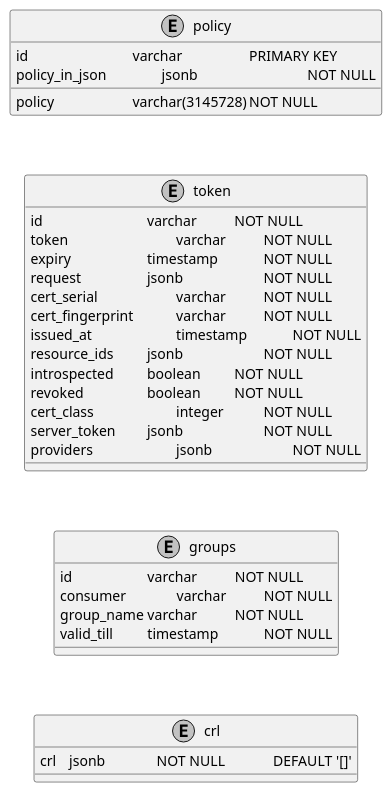
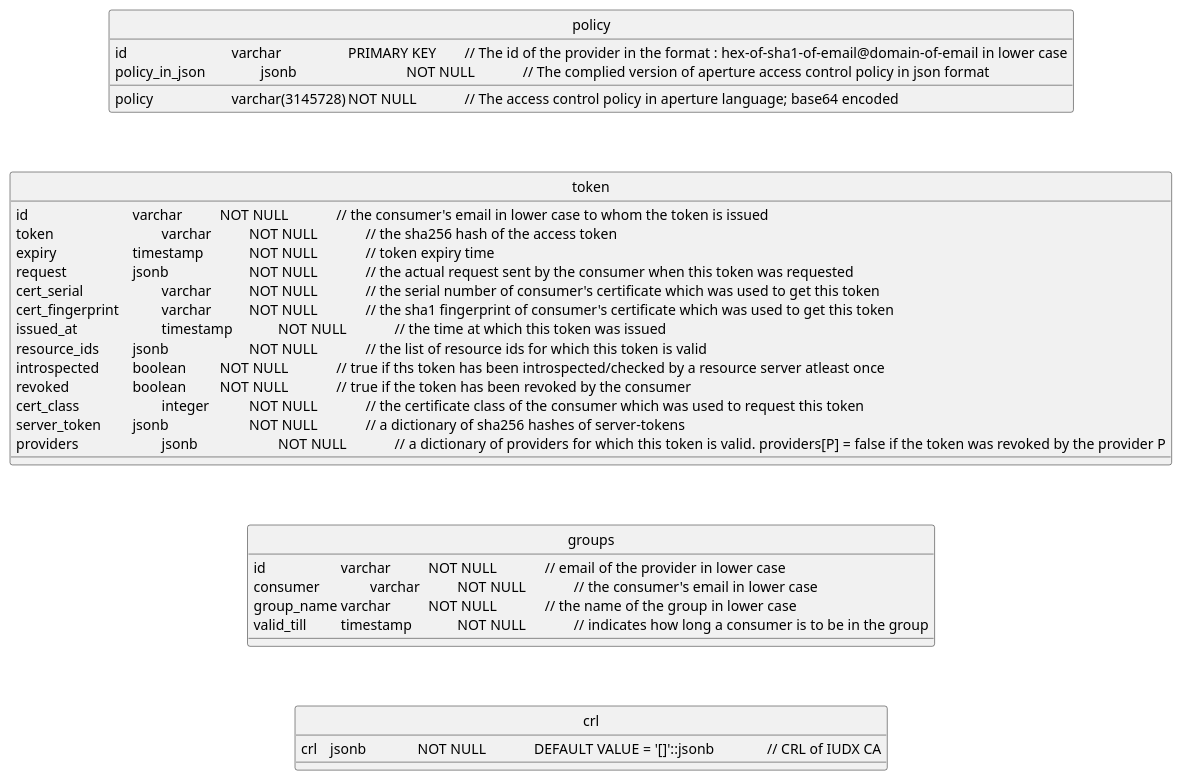
The diagram in er.plantuml (iudx/iudx-auth-server), drawn with PlantUML before and after one commit. The commit also changed 2 other files, not shown here.

```diff
--- a/er.plantuml
+++ b/er.plantuml
@@ -1,40 +1,41 @@
 @startuml
 skinparam monochrome true
+hide circle
 
 entity policy {
-	id				varchar			PRIMARY KEY
-	policy			varchar(3145728)	NOT NULL
-	policy_in_json		jsonb				NOT NULL
+	id				varchar			PRIMARY KEY	// The id of the provider in the format : hex-of-sha1-of-email@domain-of-email in lower case
+	policy			varchar(3145728)	NOT NULL		// The access control policy in aperture language; base64 encoded
+	policy_in_json		jsonb				NOT NULL		// The complied version of aperture access control policy in json format
 }
 
 entity token {
-	id				varchar		NOT NULL
-	token				varchar		NOT NULL
-	expiry			timestamp		NOT NULL
-	request			jsonb			NOT NULL
-	cert_serial			varchar		NOT NULL
-	cert_fingerprint		varchar		NOT NULL
-	issued_at			timestamp		NOT NULL
-	resource_ids		jsonb			NOT NULL
-	introspected		boolean		NOT NULL
-	revoked			boolean		NOT NULL
-	cert_class			integer		NOT NULL
-	server_token		jsonb			NOT NULL
-	providers			jsonb			NOT NULL
+	id				varchar		NOT NULL		// the consumer's email in lower case to whom the token is issued
+	token				varchar		NOT NULL		// the sha256 hash of the access token
+	expiry			timestamp		NOT NULL		// token expiry time
+	request			jsonb			NOT NULL		// the actual request sent by the consumer when this token was requested
+	cert_serial			varchar		NOT NULL		// the serial number of consumer's certificate which was used to get this token
+	cert_fingerprint		varchar		NOT NULL		// the sha1 fingerprint of consumer's certificate which was used to get this token 
+	issued_at			timestamp		NOT NULL		// the time at which this token was issued
+	resource_ids		jsonb			NOT NULL		// the list of resource ids for which this token is valid
+	introspected		boolean		NOT NULL		// true if ths token has been introspected/checked by a resource server atleast once
+	revoked			boolean		NOT NULL		// true if the token has been revoked by the consumer
+	cert_class			integer		NOT NULL		// the certificate class of the consumer which was used to request this token
+	server_token		jsonb			NOT NULL		// a dictionary of sha256 hashes of server-tokens
+	providers			jsonb			NOT NULL		// a dictionary of providers for which this token is valid. providers[P] = false if the token was revoked by the provider P
 }
 
 entity groups {
-	id			varchar		NOT NULL
-	consumer		varchar		NOT NULL
-	group_name	varchar		NOT NULL
-	valid_till		timestamp		NOT NULL
+	id			varchar		NOT NULL		// email of the provider in lower case
+	consumer		varchar		NOT NULL		// the consumer's email in lower case
+	group_name	varchar		NOT NULL		// the name of the group in lower case
+	valid_till		timestamp		NOT NULL		// indicates how long a consumer is to be in the group
 }
 
 entity crl {
-	crl	jsonb		NOT NULL		DEFAULT '[]'
+	crl	jsonb		NOT NULL		DEFAULT VALUE = '[]'::jsonb		// CRL of IUDX CA
 }
 
 policy -[hidden]- token 
 token -[hidden]- groups 
 groups -[hidden]- crl
 @enduml
```
